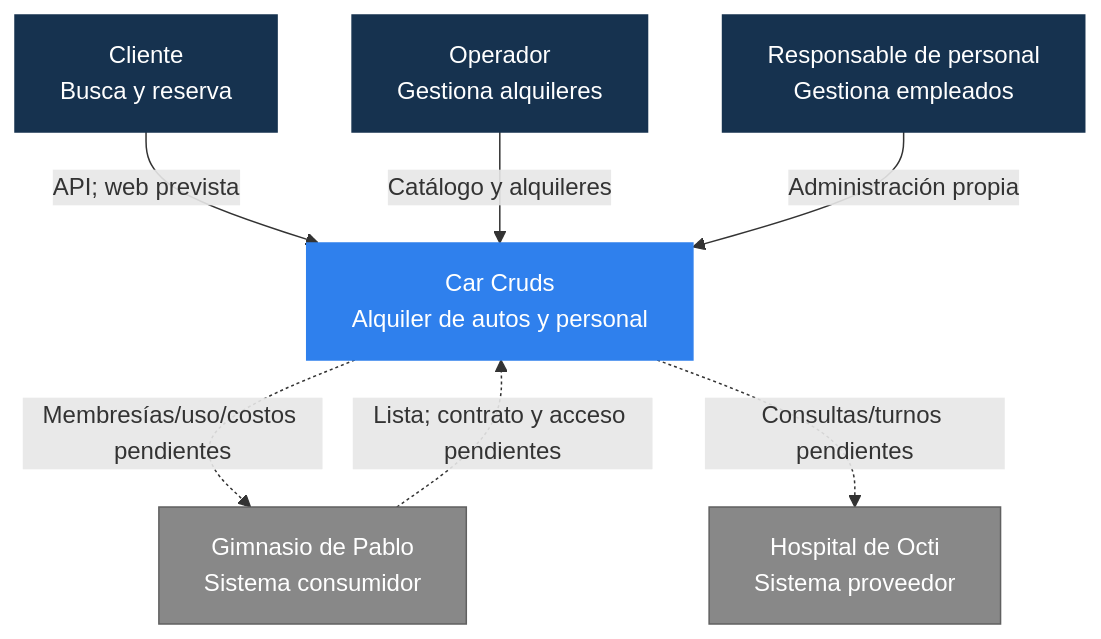
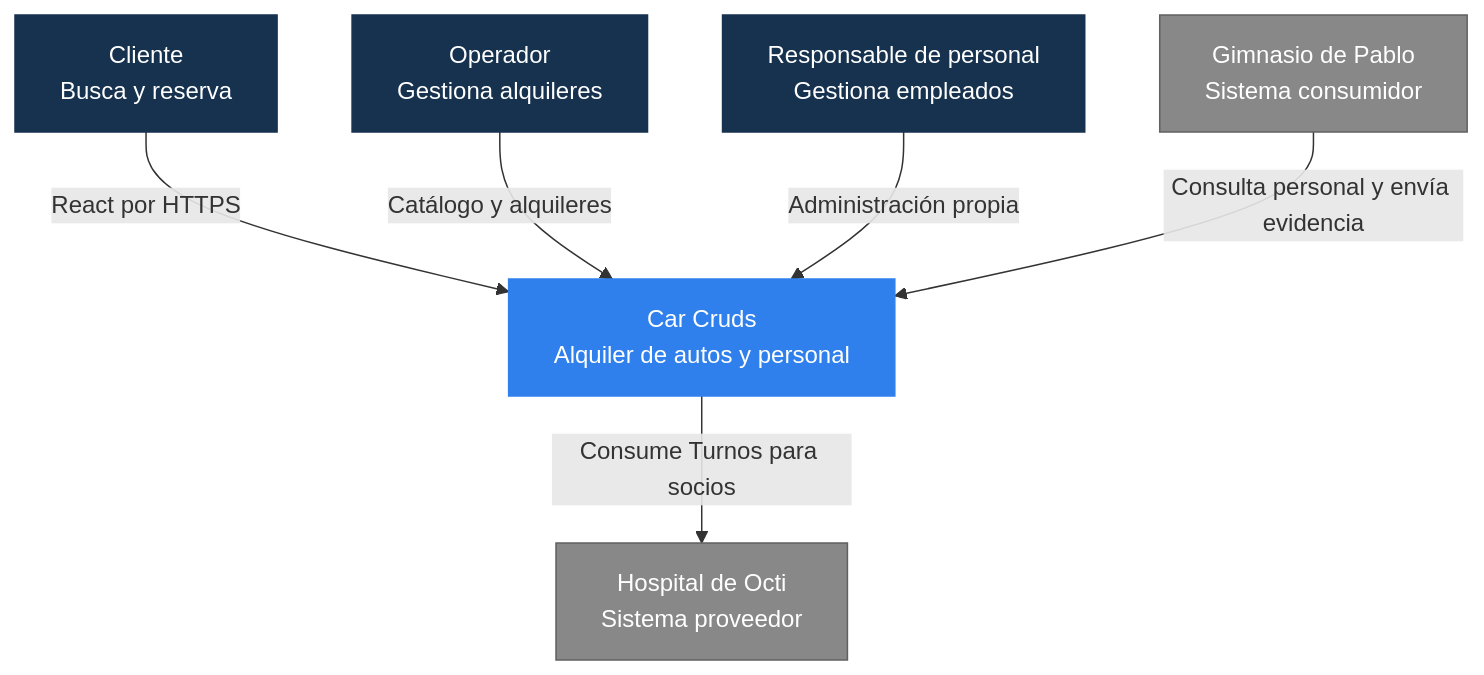
One commit to Gerpeirone/Car-Cruds changed the first of 5 diagrams in docs/ARCHITECTURE.md. Above: the diagram before and after it, drawn with Mermaid. The commit also changed other lines of this file and 10 other files, not shown here.

````diff
--- a/docs/ARCHITECTURE.md
+++ b/docs/ARCHITECTURE.md
@@ -27,23 +27,22 @@
 ```mermaid
 flowchart TB
     Client["Cliente<br/>Busca y reserva"]
     Operator["Operador<br/>Gestiona alquileres"]
     Personnel["Responsable de personal<br/>Gestiona empleados"]
     System["Car Cruds<br/>Alquiler de autos y personal"]
     Gym["Gimnasio de Pablo<br/>Sistema consumidor"]
     Clinic["Hospital de Octi<br/>Sistema proveedor"]
 
-    Client -->|"API; web prevista"| System
+    Client -->|"React por HTTPS"| System
     Operator -->|"Catálogo y alquileres"| System
     Personnel -->|"Administración propia"| System
-    Gym -.->|"Lista; contrato y acceso pendientes"| System
-    System -.->|"Membresías/uso/costos pendientes"| Gym
-    System -.->|"Consultas/turnos pendientes"| Clinic
+    Gym -->|"Consulta personal y envía evidencia"| System
+    System -->|"Consume Turnos para socios"| Clinic
 
     classDef person fill:#16324f,color:#fff,stroke:#16324f;
     classDef system fill:#2f80ed,color:#fff,stroke:#2f80ed;
     classDef external fill:#888,color:#fff,stroke:#606060;
     class Client,Operator,Personnel person;
     class System system;
     class Gym,Clinic external;
 ```
````
